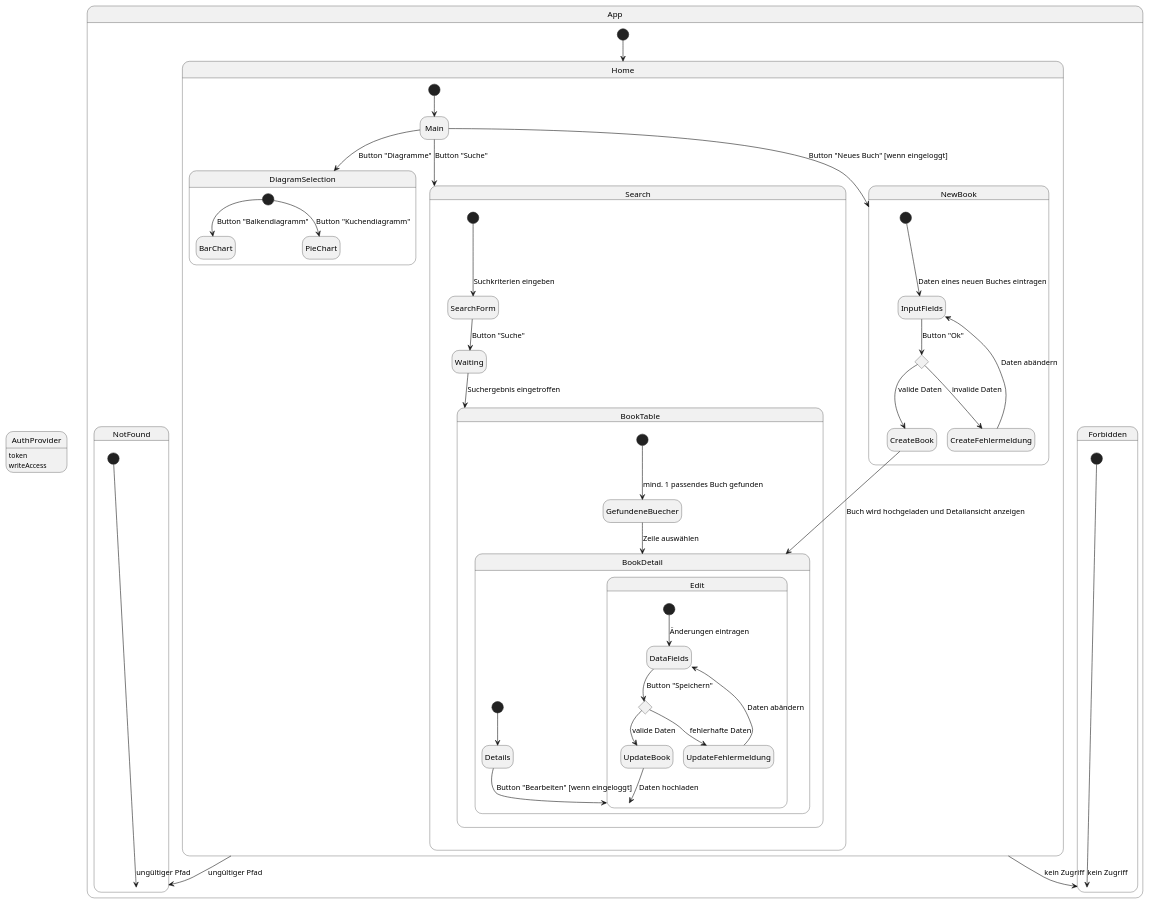
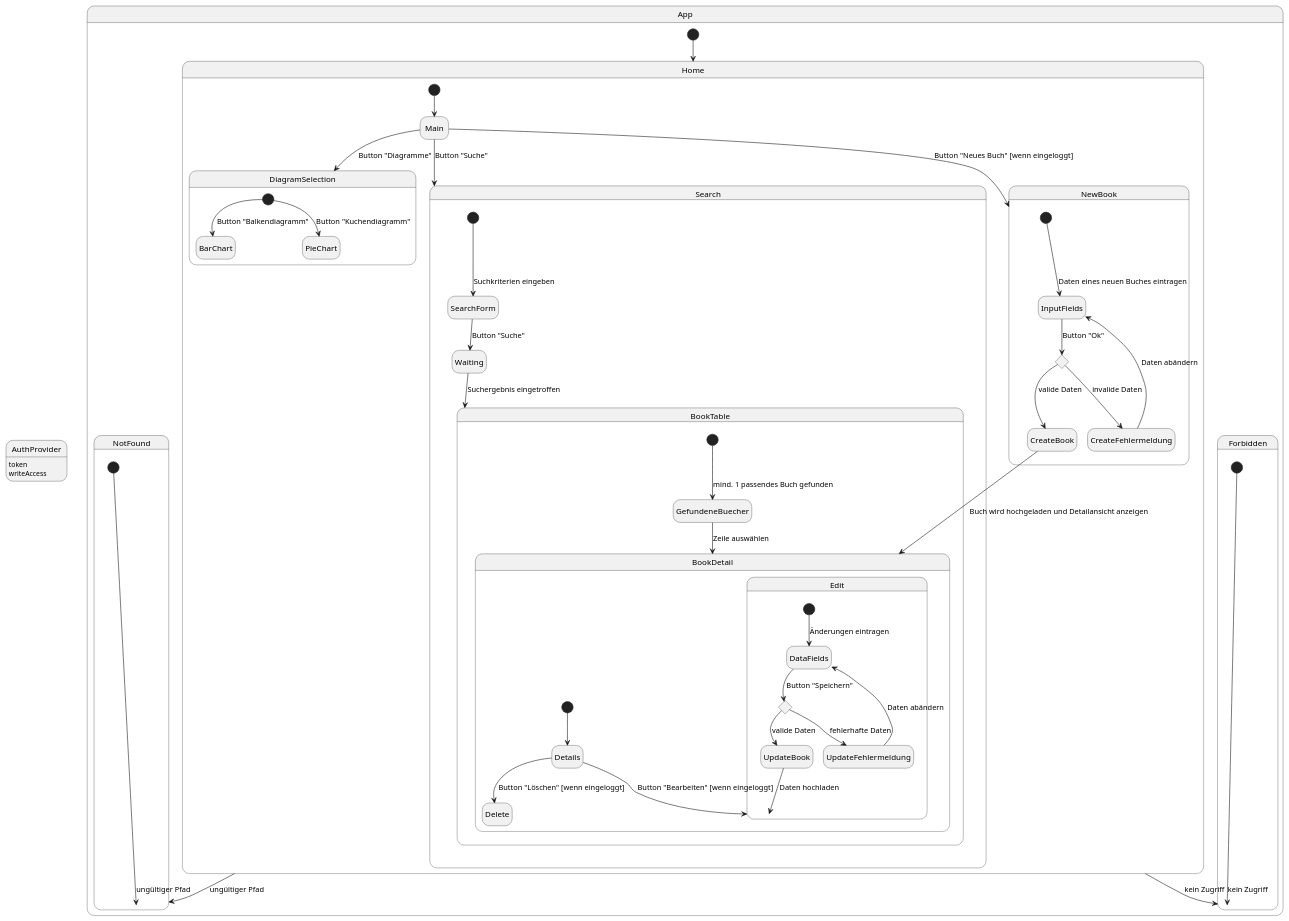
The diagram in .extras/doc/zustandsdiagramm.plantuml (marius-a-mueller/buchweb), drawn with PlantUML before and after one commit.

Commit message:
Added delete in State Diagram

```diff
--- a/.extras/doc/zustandsdiagramm.plantuml
+++ b/.extras/doc/zustandsdiagramm.plantuml
@@ -1,75 +1,76 @@
 @startuml Zustandsdiagramm
 ' Preview durch <Alt>d
 
 hide empty description
 
 state AuthProvider {
   AuthProvider : token
   AuthProvider : writeAccess
 }
 
 state App {
   [*] --> Home
 
   state Home {
     [*] --> Main
     Main -down-> Search : Button "Suche"
     Main -down-> NewBook : Button "Neues Buch" [wenn eingeloggt]
     Main -down-> DiagramSelection : Button "Diagramme"
   }
 
   state Search {
     [*] --> SearchForm : Suchkriterien eingeben
     SearchForm --> Waiting : Button "Suche"
     Waiting --> BookTable : Suchergebnis eingetroffen
-    
+
 
     state BookTable {
       [*] --> GefundeneBuecher : mind. 1 passendes Buch gefunden
       GefundeneBuecher --> BookDetail : Zeile auswählen
     }
   }
 
   state BookDetail {
     [*] --> Details
     Details --> Edit : Button "Bearbeiten" [wenn eingeloggt]
+    Details --> Delete : Button "Löschen" [wenn eingeloggt]
   }
 
   state Edit {
     [*] --> DataFields : Änderungen eintragen
     state UpdateChoice <<choice>>
     DataFields --> UpdateChoice : Button "Speichern"
     UpdateChoice --> UpdateBook : valide Daten
     UpdateChoice --> UpdateFehlermeldung : fehlerhafte Daten
     UpdateBook --> Edit : Daten hochladen
     UpdateFehlermeldung --> DataFields : Daten abändern
   }
 
   state NewBook {
     [*] --> InputFields : Daten eines neuen Buches eintragen
     state AddChoice <<choice>>
     InputFields --> AddChoice : Button "Ok"
     AddChoice --> CreateBook : valide Daten
     AddChoice --> CreateFehlermeldung : invalide Daten
     CreateBook --> BookDetail : Buch wird hochgeladen und Detailansicht anzeigen
     CreateFehlermeldung --> InputFields : Daten abändern
   }
 
   state DiagramSelection {
     [*] --> BarChart : Button "Balkendiagramm"
     [*] --> PieChart : Button "Kuchendiagramm"
   }
 
   state NotFound {
     [*] --> NotFound : ungültiger Pfad
   }
 
   state Forbidden {
     [*] --> Forbidden : kein Zugriff
   }
 
   Home --> Forbidden : kein Zugriff
   Home --> NotFound : ungültiger Pfad
 }
 
 @enduml
```
